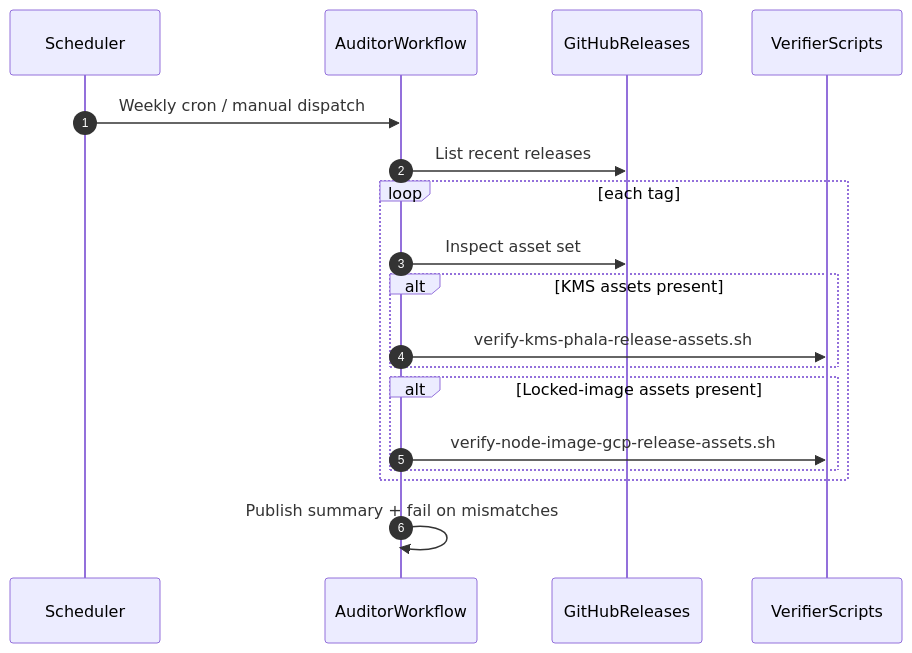
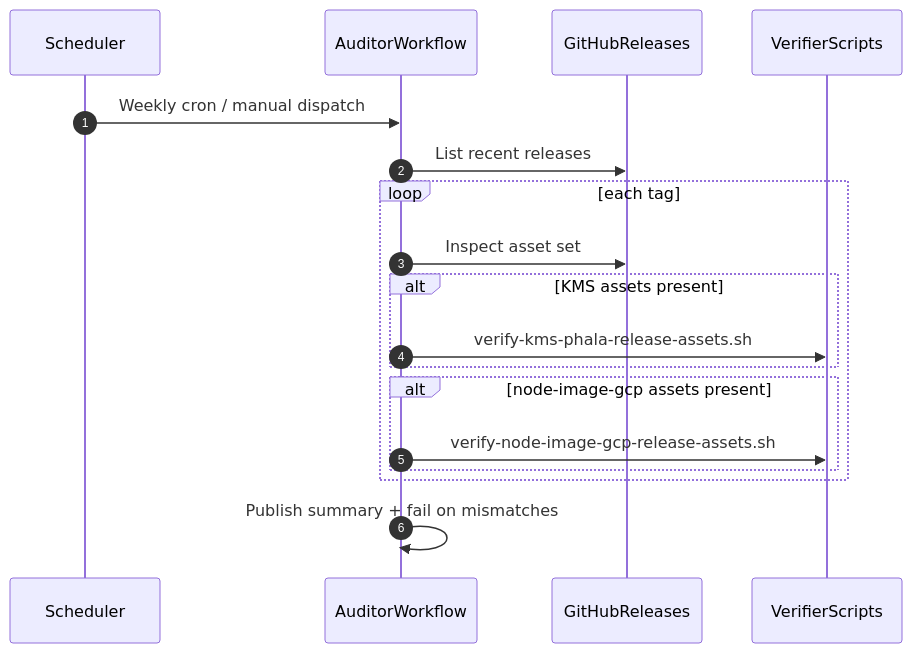
The third of 3 diagrams in docs/RELEASE_PIPELINE_SEQUENCE_DIAGRAMS.md (calimero-network/mero-tee), drawn with Mermaid before and after one commit. The commit also changed other lines of this file and 39 other files, not shown here.

Commit message:
refactor(phase-b): normalize release asset prefixes and node-image tags

````diff
--- a/docs/RELEASE_PIPELINE_SEQUENCE_DIAGRAMS.md
+++ b/docs/RELEASE_PIPELINE_SEQUENCE_DIAGRAMS.md
@@ -52,21 +52,21 @@
 ```mermaid
 sequenceDiagram
   autonumber
   participant Scheduler
   participant AuditorWorkflow
   participant GitHubReleases
   participant VerifierScripts
 
   Scheduler->>AuditorWorkflow: Weekly cron / manual dispatch
   AuditorWorkflow->>GitHubReleases: List recent releases
   loop each tag
     AuditorWorkflow->>GitHubReleases: Inspect asset set
     alt KMS assets present
       AuditorWorkflow->>VerifierScripts: verify-kms-phala-release-assets.sh
     end
-    alt Locked-image assets present
+    alt node-image-gcp assets present
       AuditorWorkflow->>VerifierScripts: verify-node-image-gcp-release-assets.sh
     end
   end
   AuditorWorkflow->>AuditorWorkflow: Publish summary + fail on mismatches
 ```
````
